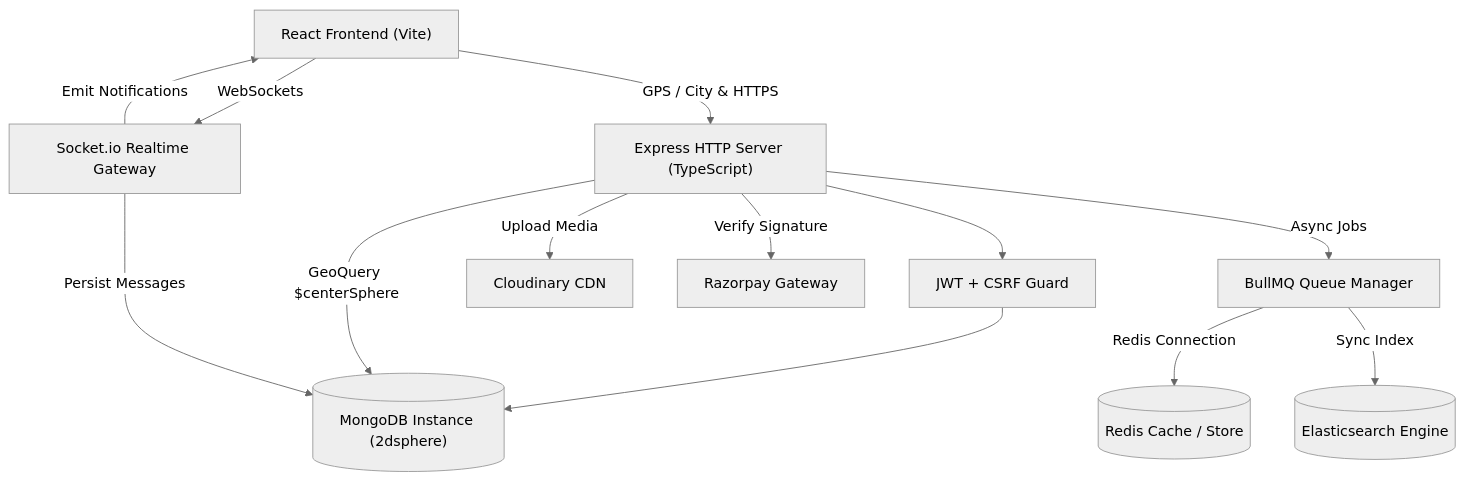
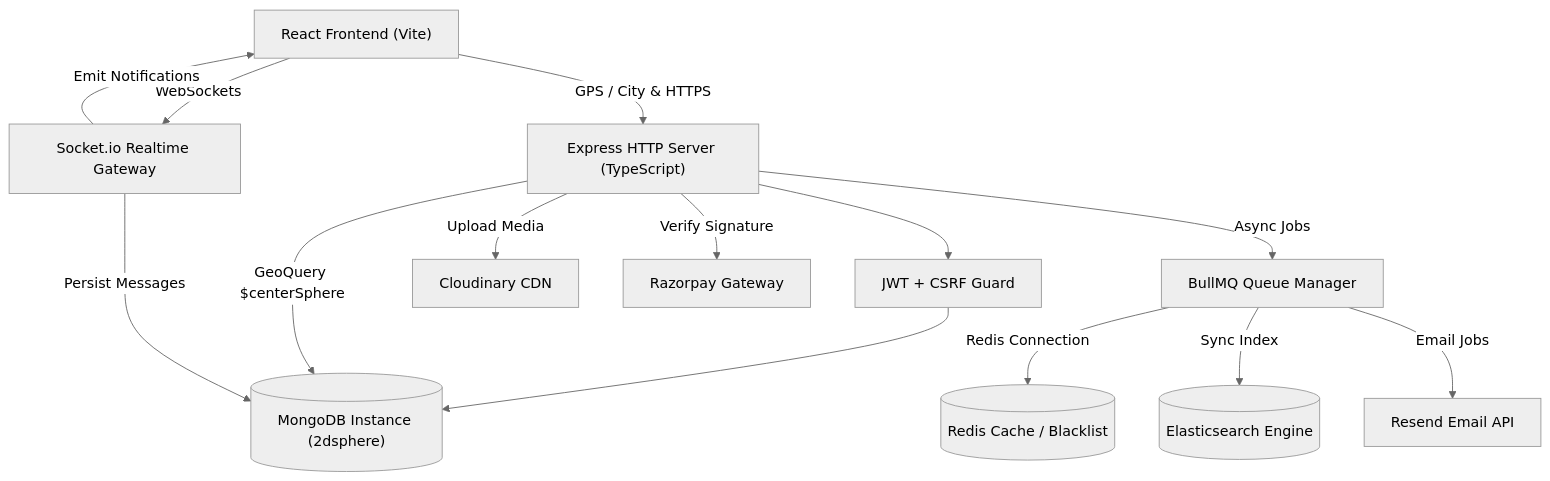
One commit to priyanshuraj20/Rentora changed the first of 8 diagrams in ReadMe.md. Above: the diagram before and after it, drawn with Mermaid (neutral theme). The commit also changed other lines of this file and 8 other files, not shown here.

````diff
--- a/ReadMe.md
+++ b/ReadMe.md
@@ -66,26 +204,28 @@
 ```mermaid
 graph TD
     Client["React Frontend (Vite)"]
     API["Express HTTP Server (TypeScript)"]
     Auth["JWT + CSRF Guard"]
     SocketServer["Socket.io Realtime Gateway"]
     Queue["BullMQ Queue Manager"]
     DB[("MongoDB Instance (2dsphere)")]
-    Cache[("Redis Cache / Store")]
+    Cache[("Redis Cache / Blacklist")]
     ES[("Elasticsearch Engine")]
     Cloudinary["Cloudinary CDN"]
     Razorpay["Razorpay Gateway"]
+    Resend["Resend Email API"]
 
     Client -->|GPS / City & HTTPS| API
     Client -->|WebSockets| SocketServer
     API --> Auth
     Auth --> DB
     API -->|GeoQuery $centerSphere| DB
     API -->|Async Jobs| Queue
     Queue -->|Redis Connection| Cache
     Queue -->|Sync Index| ES
+    Queue -->|Email Jobs| Resend
     API -->|Upload Media| Cloudinary
     API -->|Verify Signature| Razorpay
     SocketServer -->|Persist Messages| DB
     SocketServer -->|Emit Notifications| Client
 ```
````
